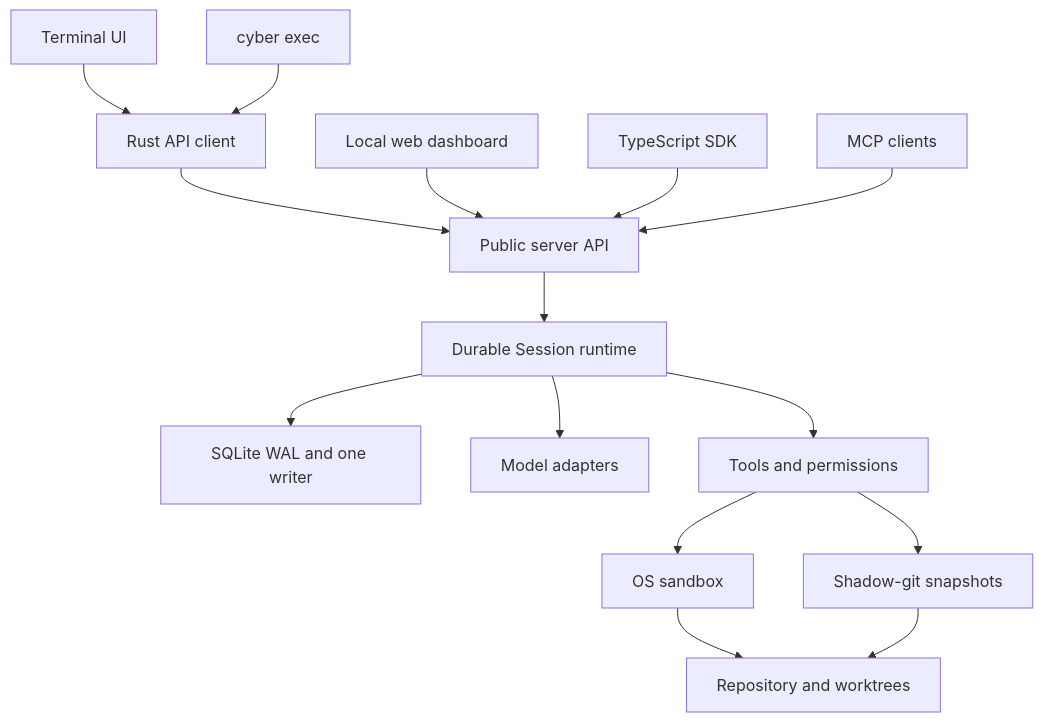
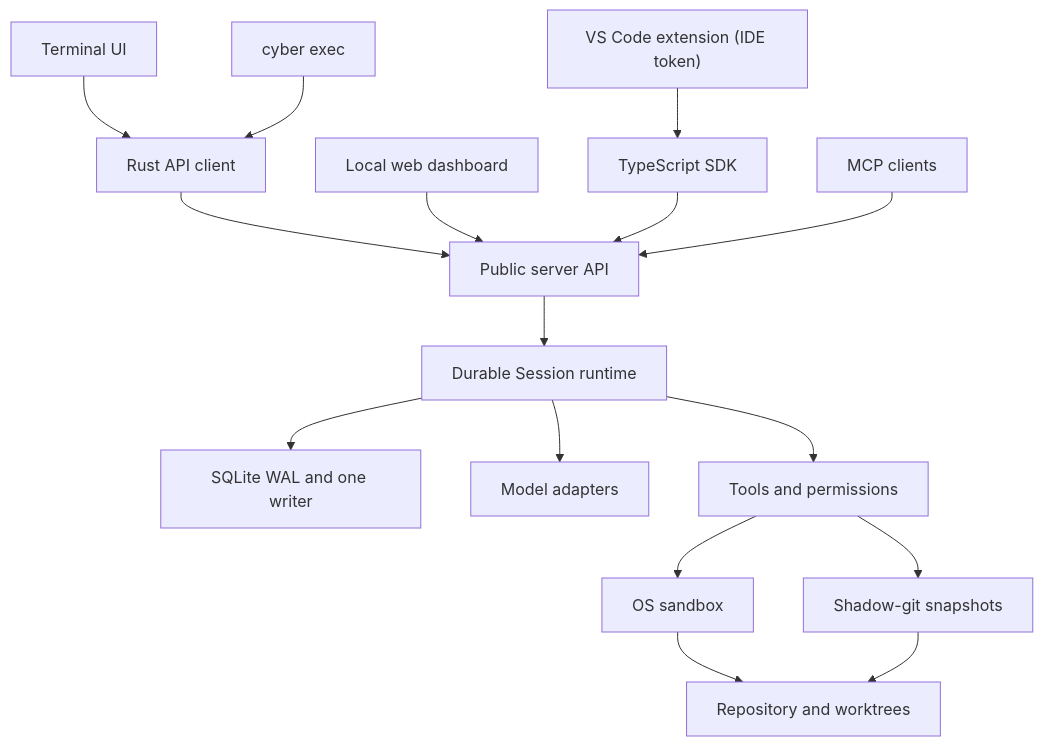
One commit to CyberdyneCorp/cybercode-cli changed the first of 2 diagrams in docs/architecture.md. Above: the diagram before and after it, drawn with Mermaid. The commit also changed other lines of this file and 7 other files, not shown here.

First line of the commit message:
Document the VS Code extension

````diff
--- a/docs/architecture.md
+++ b/docs/architecture.md
@@ -5,17 +5,18 @@
 ```mermaid
 flowchart TD
     Tui["Terminal UI"] --> Client["Rust API client"]
     Exec["cyber exec"] --> Client
     Client --> Api["Public server API"]
     Web["Local web dashboard"] --> Api
     Sdk["TypeScript SDK"] --> Api
+    Vscode["VS Code extension (IDE token)"] --> Sdk
     Mcp["MCP clients"] --> Api
     Api --> Runtime["Durable Session runtime"]
     Runtime --> Store["SQLite WAL and one writer"]
     Runtime --> Models["Model adapters"]
     Runtime --> Tools["Tools and permissions"]
     Tools --> Sandbox["OS sandbox"]
     Tools --> Snapshots["Shadow-git snapshots"]
     Sandbox --> Repo["Repository and worktrees"]
     Snapshots --> Repo
 ```
````
